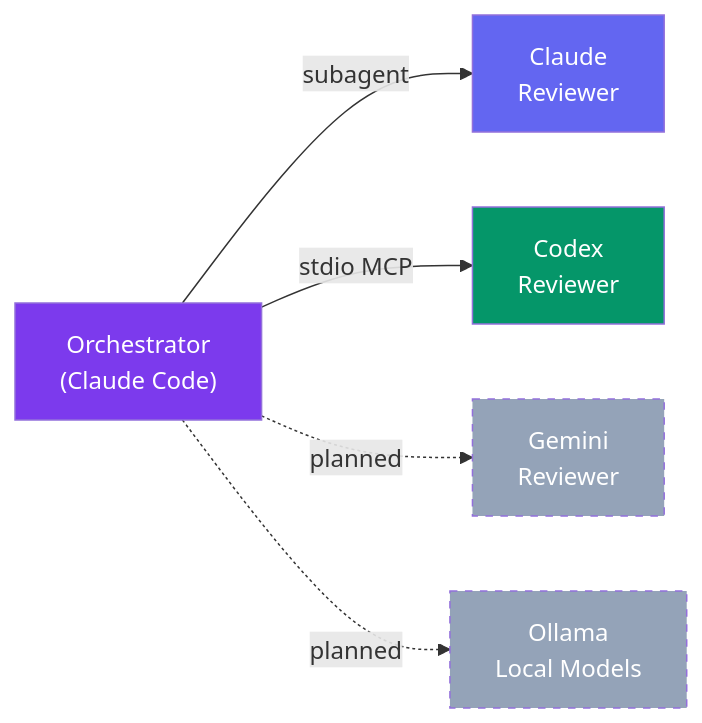
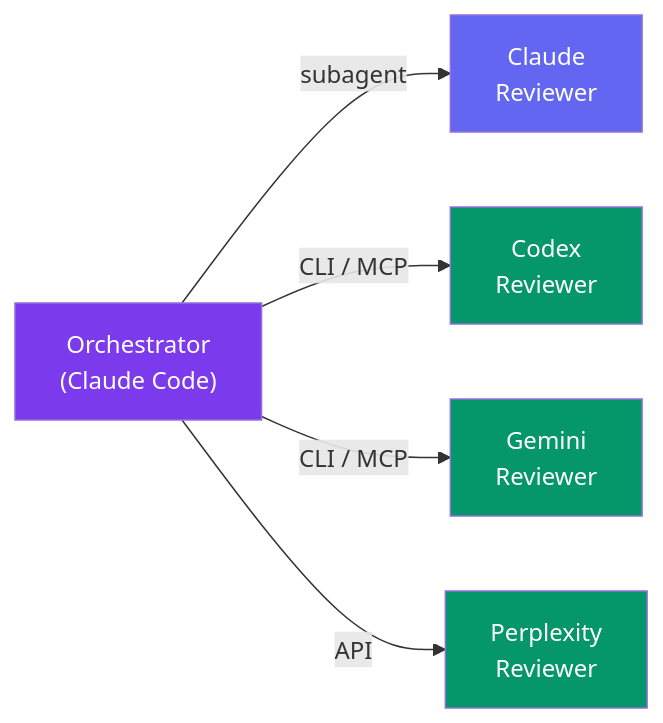
The second of 5 diagrams in README.md (deployhq/review-council), drawn with Mermaid before and after one commit. The commit also changed other lines of this file, not shown here.

````diff
--- a/README.md
+++ b/README.md
@@ -77,13 +85,13 @@
 ```mermaid
 graph LR
     O["Orchestrator<br/>(Claude Code)"] -->|subagent| C["Claude<br/>Reviewer"]
-    O -->|stdio MCP| X["Codex<br/>Reviewer"]
-    O -.->|"planned"| G["Gemini<br/>Reviewer"]
-    O -.->|"planned"| L["Ollama<br/>Local Models"]
+    O -->|"CLI / MCP"| X["Codex<br/>Reviewer"]
+    O -->|"CLI / MCP"| G["Gemini<br/>Reviewer"]
+    O -->|"API"| P["Perplexity<br/>Reviewer"]
 
     style O fill:#7c3aed,color:#fff
     style C fill:#6366f1,color:#fff
     style X fill:#059669,color:#fff
-    style G fill:#94a3b8,color:#fff,stroke-dasharray: 5 5
-    style L fill:#94a3b8,color:#fff,stroke-dasharray: 5 5
+    style G fill:#059669,color:#fff
+    style P fill:#059669,color:#fff
 ```
````
